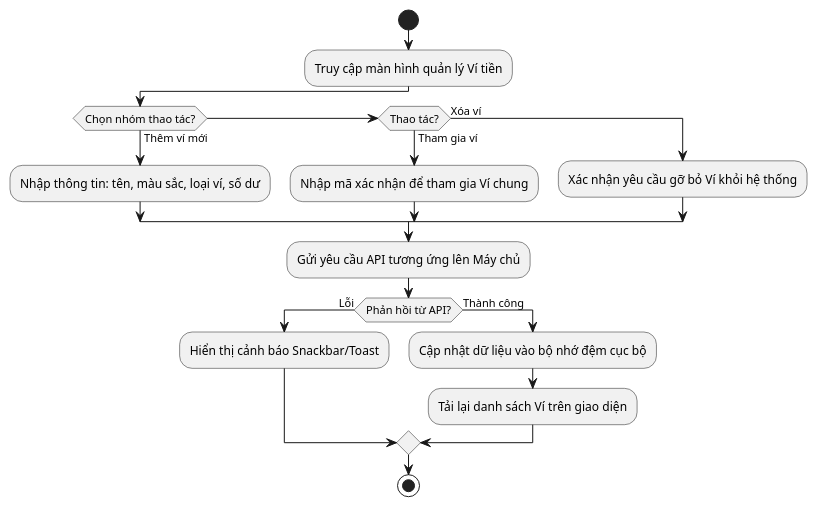
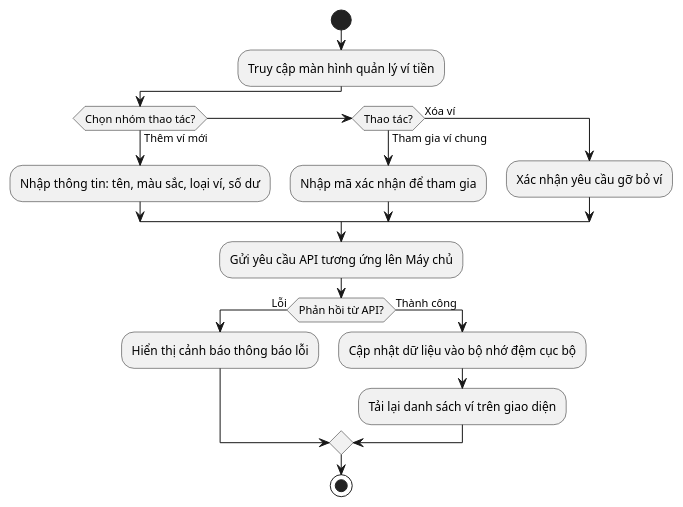
One commit to maikhang160504/spending-diary changed diagram 14 of 28 in Luan_van_Hoan_chinh.md. Above: the diagram before and after it, drawn with PlantUML. The commit also changed other lines of this file and 72 other files, not shown here.

````diff
--- a/Luan_van_Hoan_chinh.md
+++ b/Luan_van_Hoan_chinh.md
@@ -1004,21 +1085,21 @@
 ```plantuml
 @startuml
 start
-:Truy cập màn hình quản lý Ví tiền;
+:Truy cập màn hình quản lý ví tiền;
 if (Chọn nhóm thao tác?) then (Thêm ví mới)
   :Nhập thông tin: tên, màu sắc, loại ví, số dư;
-else if (Thao tác?) then (Tham gia ví)
-  :Nhập mã xác nhận để tham gia Ví chung;
+else if (Thao tác?) then (Tham gia ví chung)
+  :Nhập mã xác nhận để tham gia;
 else (Xóa ví)
-  :Xác nhận yêu cầu gỡ bỏ Ví khỏi hệ thống;
+  :Xác nhận yêu cầu gỡ bỏ ví;
 endif
 :Gửi yêu cầu API tương ứng lên Máy chủ;
 if (Phản hồi từ API?) then (Lỗi)
-  :Hiển thị cảnh báo Snackbar/Toast;
+  :Hiển thị cảnh báo thông báo lỗi;
 else (Thành công)
   :Cập nhật dữ liệu vào bộ nhớ đệm cục bộ;
-  :Tải lại danh sách Ví trên giao diện;
+  :Tải lại danh sách ví trên giao diện;
 endif
 stop
 @enduml
 ```
````
